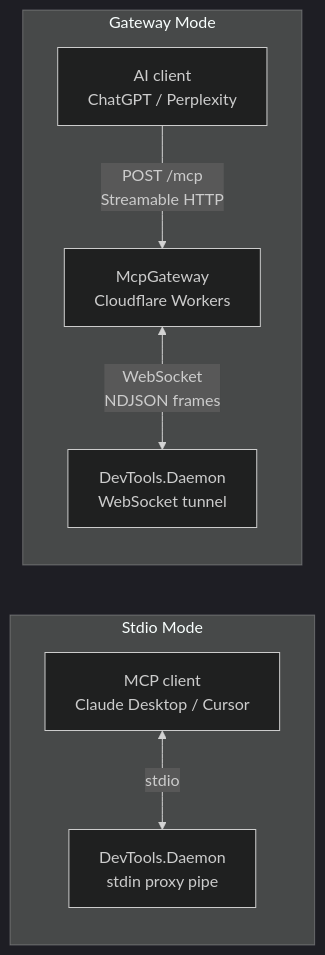
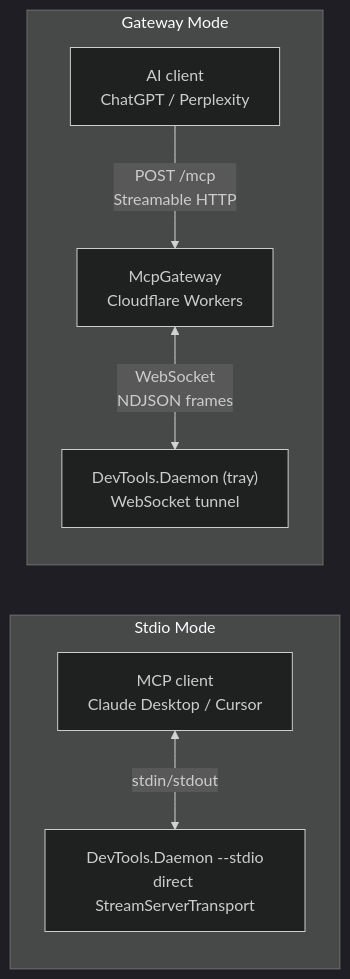
One commit to trgiangv/RevitDevTool changed the first of 2 diagrams in docs/MCP/transport.md. Above: the diagram before and after it, drawn with Mermaid (dark theme). The commit also changed other lines of this file and 4 other files, not shown here.

First line of the commit message:
fix(daemon): prevent console log pollution on stdio MCP transport

````diff
--- a/docs/MCP/transport.md
+++ b/docs/MCP/transport.md
@@ -5,16 +5,16 @@
 ```mermaid
 flowchart LR
     subgraph Stdio Mode
         Client1["MCP client<br/>Claude Desktop / Cursor"]
-        Daemon1["DevTools.Daemon<br/>stdin proxy pipe"]
-        Client1 <-->|stdio| Daemon1
+        Daemon1["DevTools.Daemon --stdio<br/>direct StreamServerTransport"]
+        Client1 <-->|stdin/stdout| Daemon1
     end
 
     subgraph Gateway Mode
         Client2["AI client<br/>ChatGPT / Perplexity"]
         Gateway["McpGateway<br/>Cloudflare Workers"]
-        Daemon2["DevTools.Daemon<br/>WebSocket tunnel"]
+        Daemon2["DevTools.Daemon (tray)<br/>WebSocket tunnel"]
         Client2 -->|"POST /mcp<br/>Streamable HTTP"| Gateway
         Gateway <-->|"WebSocket<br/>NDJSON frames"| Daemon2
     end
 ```
````
